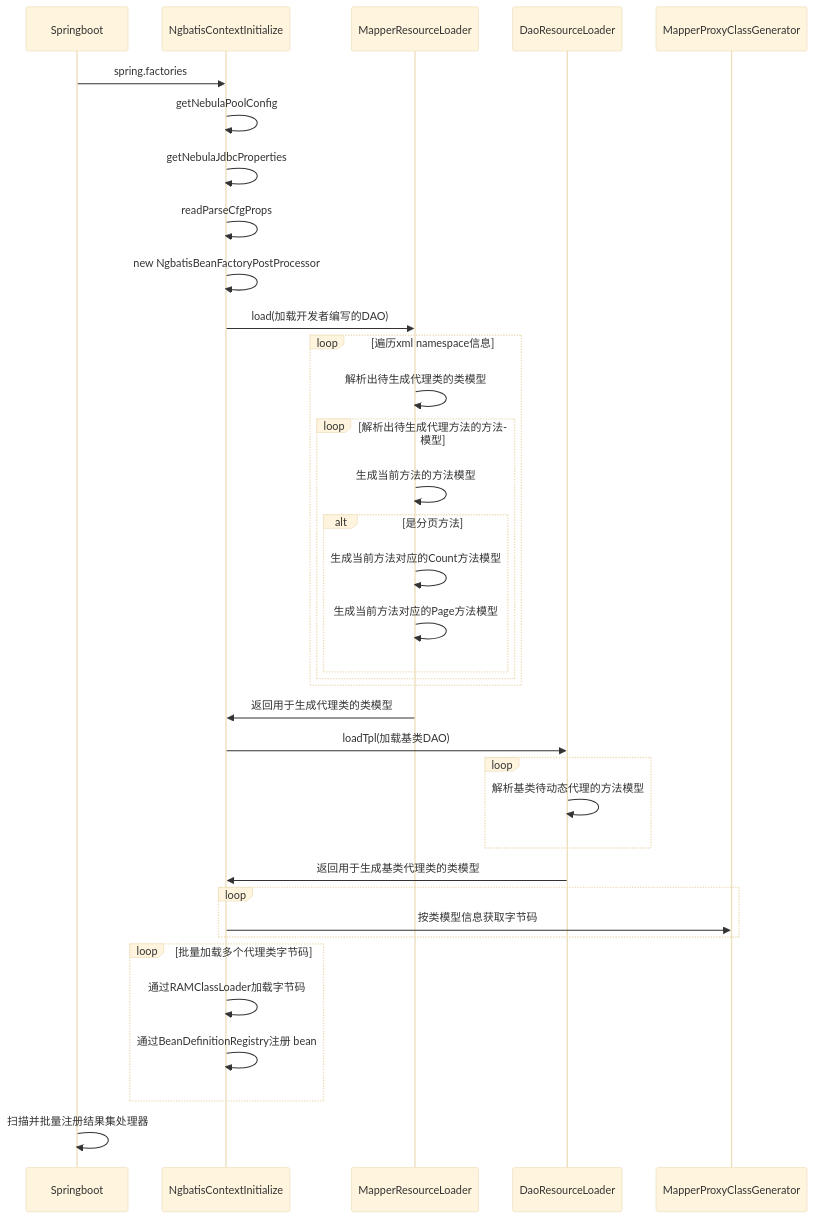
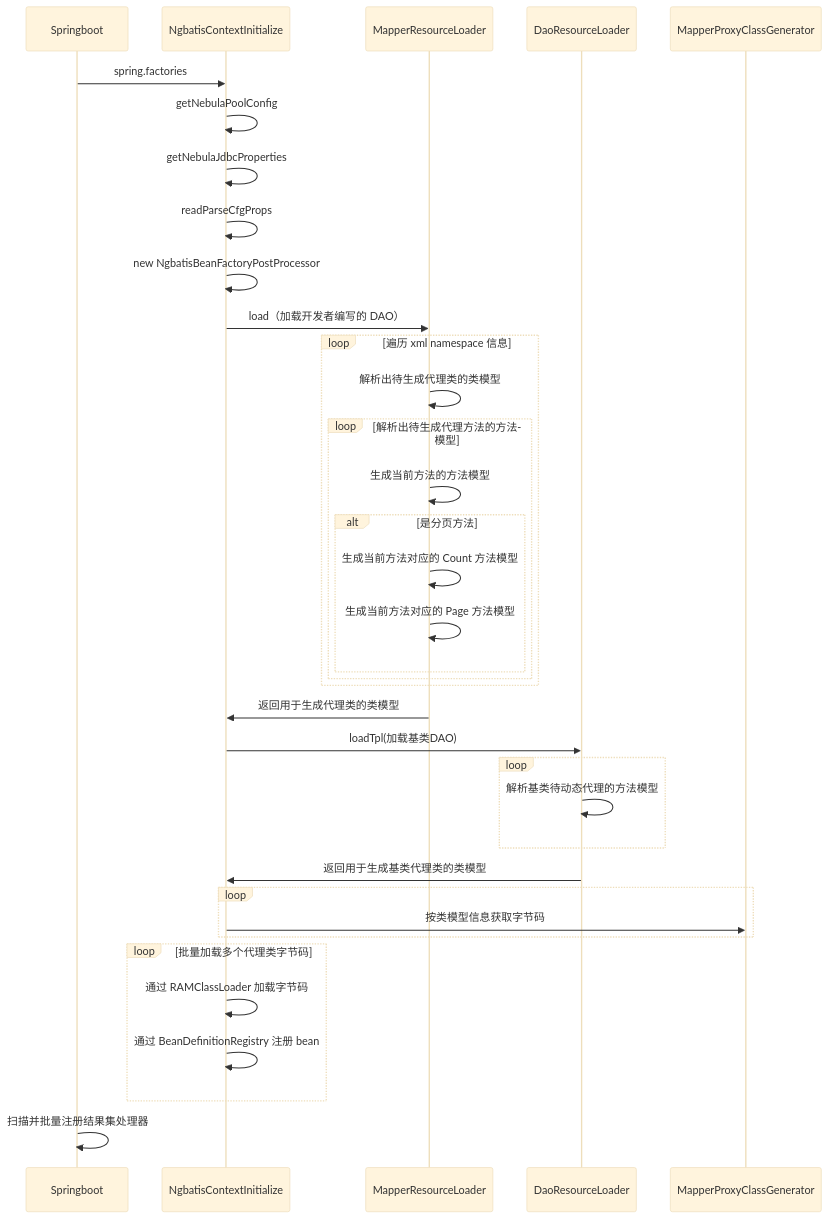
Before and after one commit to graph-cn/ngbatis-docs: the first of 2 diagrams in docs/step-forward-docs/operation-sequence.md, drawn with Mermaid (base theme). The commit also changed other lines of this file and 15 other files, not shown here.

````diff
--- a/docs/step-forward-docs/operation-sequence.md
+++ b/docs/step-forward-docs/operation-sequence.md
@@ -4,36 +5,36 @@
 ```mermaid
 sequenceDiagram
   Springboot->>NgbatisContextInitialize: spring.factories
   NgbatisContextInitialize->>NgbatisContextInitialize: getNebulaPoolConfig
   NgbatisContextInitialize->>NgbatisContextInitialize: getNebulaJdbcProperties
   NgbatisContextInitialize->>NgbatisContextInitialize: readParseCfgProps
   NgbatisContextInitialize->>NgbatisContextInitialize: new NgbatisBeanFactoryPostProcessor
-  NgbatisContextInitialize->>MapperResourceLoader: load(加载开发者编写的DAO)
-  loop 遍历xml namespace信息
+  NgbatisContextInitialize->>MapperResourceLoader: load（加载开发者编写的 DAO）
+  loop 遍历 xml namespace 信息
       MapperResourceLoader->>MapperResourceLoader: 解析出待生成代理类的类模型
       loop 解析出待生成代理方法的方法模型
           MapperResourceLoader->>MapperResourceLoader: 生成当前方法的方法模型
           alt 是分页方法
-              MapperResourceLoader->>MapperResourceLoader: 生成当前方法对应的Count方法模型
-              MapperResourceLoader->>MapperResourceLoader: 生成当前方法对应的Page方法模型
+              MapperResourceLoader->>MapperResourceLoader: 生成当前方法对应的 Count 方法模型
+              MapperResourceLoader->>MapperResourceLoader: 生成当前方法对应的 Page 方法模型
           end
       end
   end
   MapperResourceLoader->>NgbatisContextInitialize: 返回用于生成代理类的类模型
   NgbatisContextInitialize->>DaoResourceLoader: loadTpl(加载基类DAO)
       loop 
           DaoResourceLoader->>DaoResourceLoader:  解析基类待动态代理的方法模型
       end
   DaoResourceLoader->>NgbatisContextInitialize: 返回用于生成基类代理类的类模型
 
     loop 
       NgbatisContextInitialize->>MapperProxyClassGenerator: 按类模型信息获取字节码
     end
 
     loop 批量加载多个代理类字节码
-      NgbatisContextInitialize->>NgbatisContextInitialize: 通过RAMClassLoader加载字节码
-      NgbatisContextInitialize->>NgbatisContextInitialize: 通过BeanDefinitionRegistry注册 bean
+      NgbatisContextInitialize->>NgbatisContextInitialize: 通过 RAMClassLoader 加载字节码
+      NgbatisContextInitialize->>NgbatisContextInitialize: 通过 BeanDefinitionRegistry 注册 bean
     end
 
   Springboot->>Springboot: 扫描并批量注册结果集处理器
 ```
````
